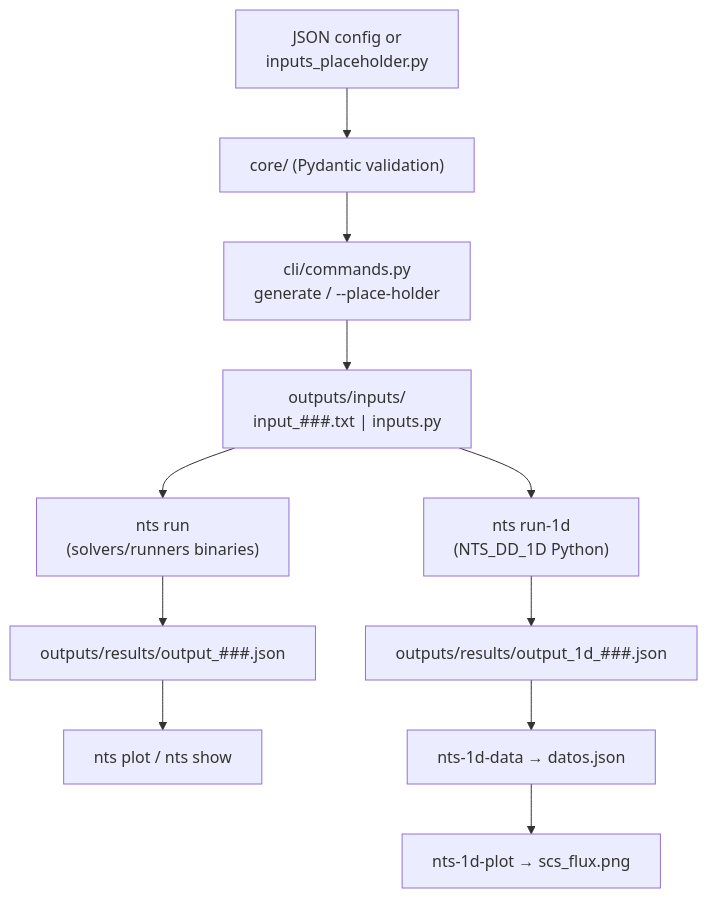
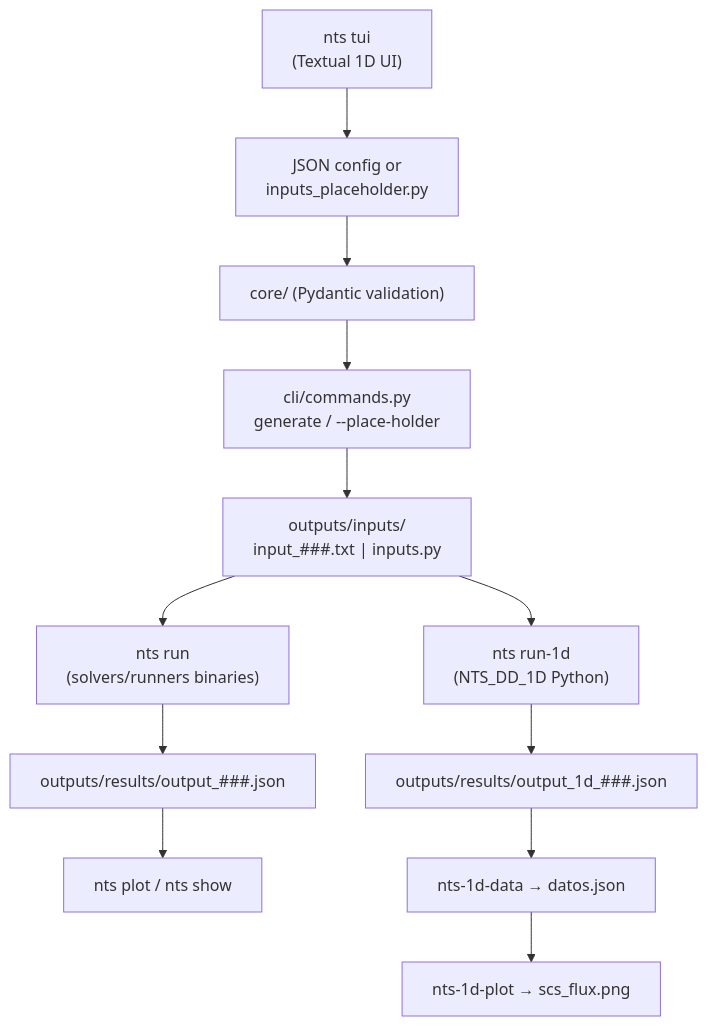
Before and after one commit to carlosr301101/neutron-transport-PINNs: the diagram in README.md, drawn with Mermaid. The commit also changed other lines of this file and 8 other files, not shown here.

````diff
--- a/README.md
+++ b/README.md
@@ -652,13 +663,14 @@
 ```mermaid
 flowchart TB
+    TUI["nts tui\n(Textual 1D UI)"] --> CFG
     CFG["JSON config or\ninputs_placeholder.py"] --> VAL["core/ (Pydantic validation)"]
     VAL --> GEN["cli/commands.py\ngenerate / --place-holder"]
     GEN --> IN["outputs/inputs/\ninput_###.txt | inputs.py"]
     IN --> RUN2["nts run\n(solvers/runners binaries)"]
     IN --> RUN1["nts run-1d\n(NTS_DD_1D Python)"]
     RUN2 --> RES["outputs/results/output_###.json"]
     RUN1 --> RES1["outputs/results/output_1d_###.json"]
     RES --> PLOT["nts plot / nts show"]
     RES1 --> DATA["nts-1d-data → datos.json"]
     DATA --> SCPLOT["nts-1d-plot → scs_flux.png"]
 ```
````
